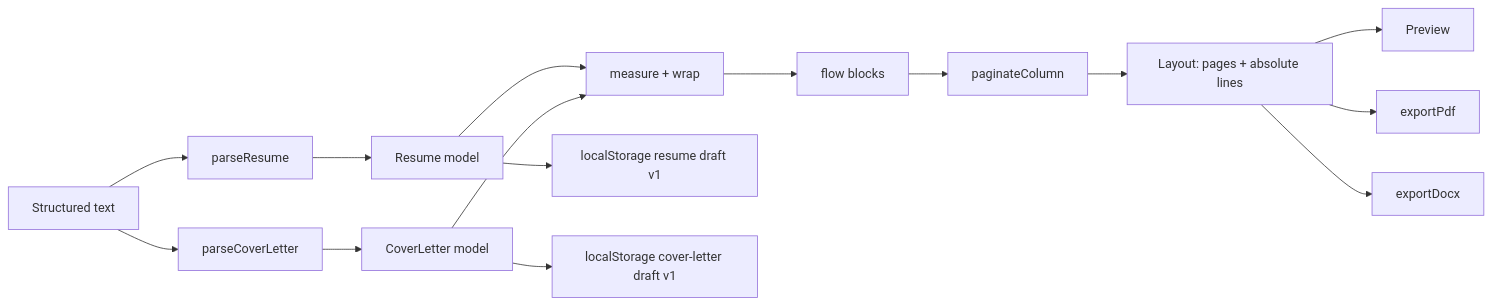
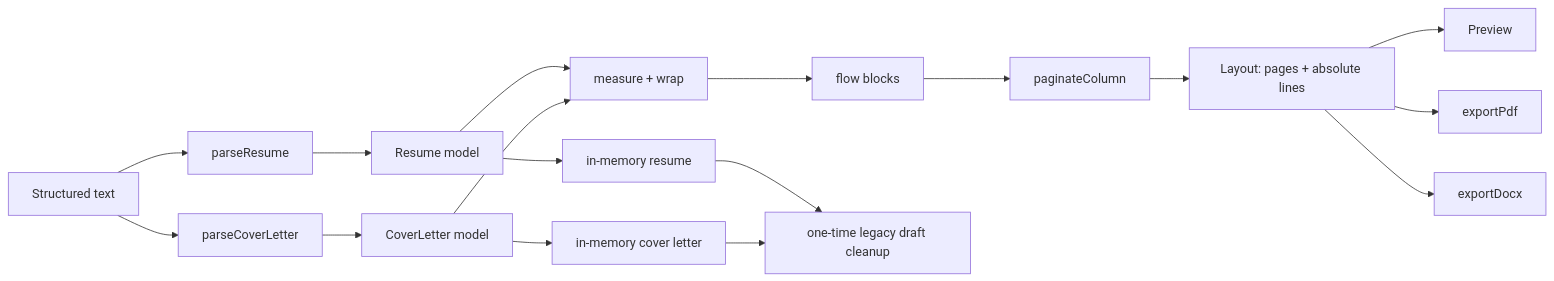
The diagram in ARCHITECTURE.md (sparshsam/openresume), drawn with Mermaid before and after one commit. The commit also changed other lines of this file and 32 other files, not shown here.

````diff
--- a/ARCHITECTURE.md
+++ b/ARCHITECTURE.md
@@ -20,17 +20,19 @@
 ```mermaid
 flowchart LR
   A[Structured text] --> B[parseResume]
   A --> L[parseCoverLetter]
   B --> C[Resume model]
   L --> M[CoverLetter model]
   C --> D[measure + wrap]
   M --> D
   D --> E[flow blocks]
   E --> F[paginateColumn]
   F --> G[Layout: pages + absolute lines]
   G --> H[Preview]
   G --> I[exportPdf]
   G --> J[exportDocx]
-  C --> K[localStorage resume draft v1]
-  M --> N[localStorage cover-letter draft v1]
+  C --> K[in-memory resume]
+  M --> N[in-memory cover letter]
+  K --> O[one-time legacy draft cleanup]
+  N --> O
 ```
````
